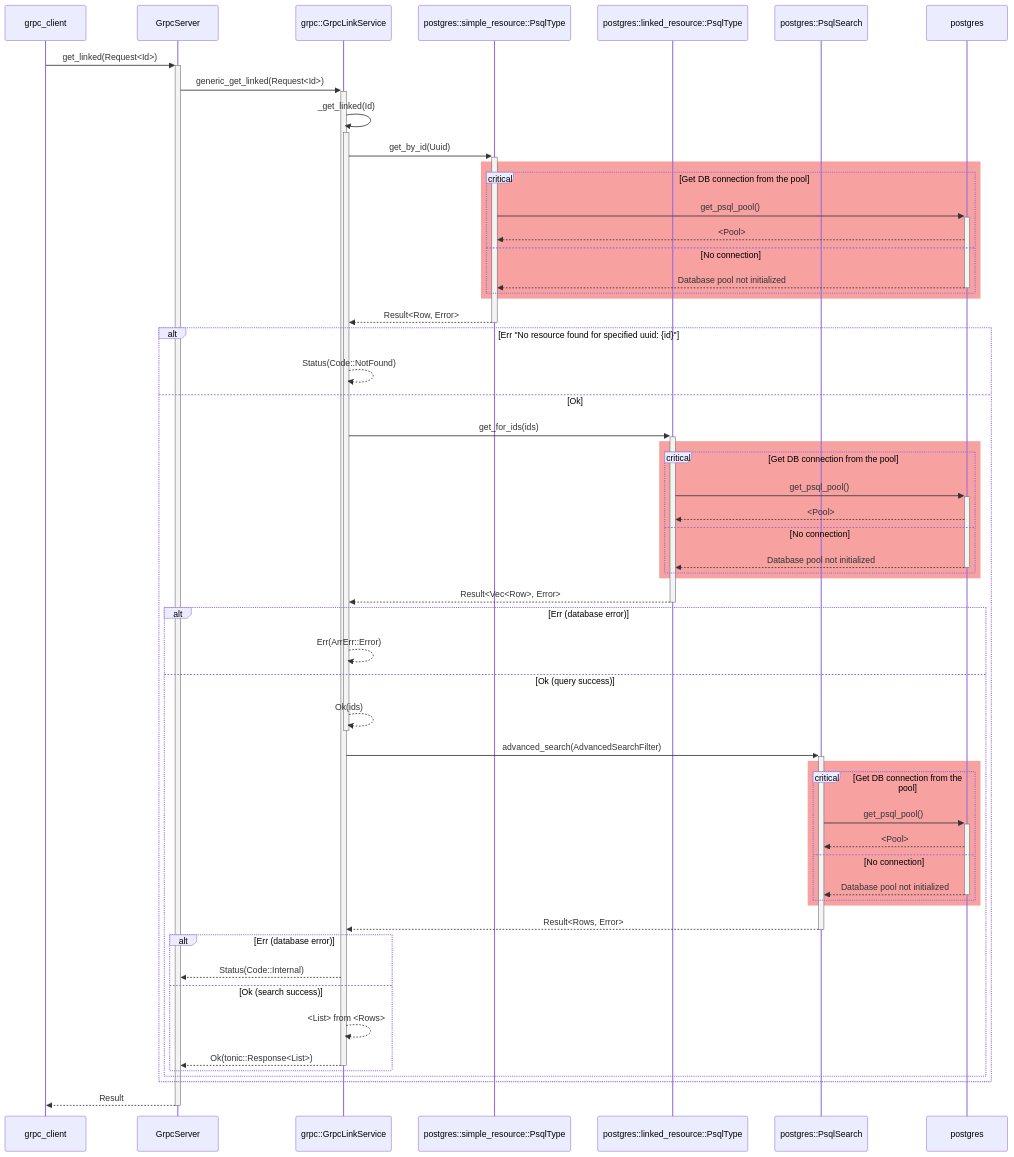
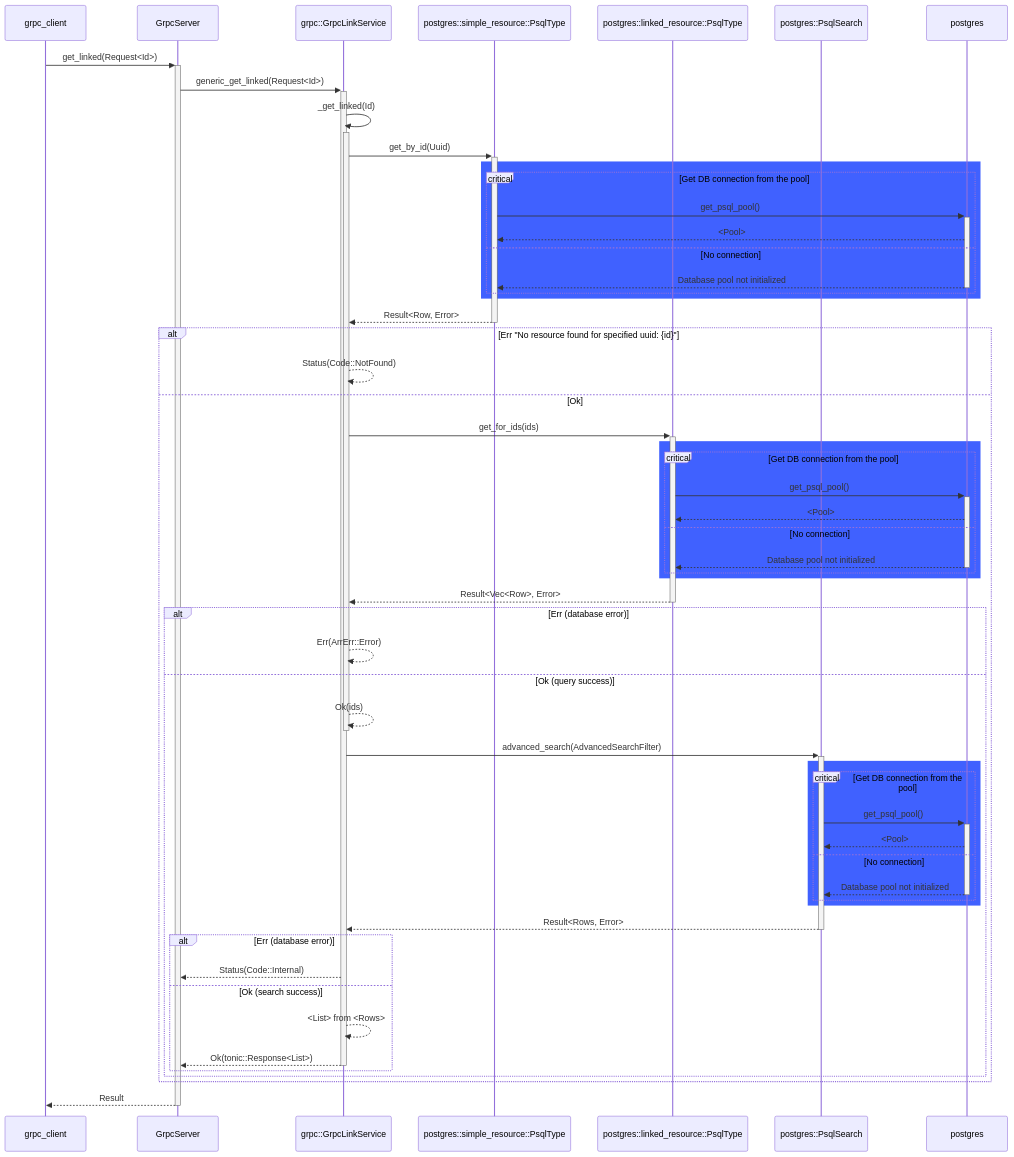
Diagram 12 of 13 in docs/sdd.md (aetheric-oss/svc-storage), drawn with Mermaid before and after one commit. The commit also changed other lines of this file and 4 other files, not shown here.

````diff
--- a/docs/sdd.md
+++ b/docs/sdd.md
@@ -573,59 +574,59 @@
 ```mermaid
 sequenceDiagram
     participant client as grpc_client
     participant grpc_server as GrpcServer
     participant grpc_service as grpc::GrpcLinkService
     participant psql_simple as postgres::simple_resource::PsqlType
     participant psql_linked as postgres::linked_resource::PsqlType
     participant psql_search as postgres::PsqlSearch
     participant psql as postgres
     client->>+grpc_server: get_linked(Request<Id>)
     grpc_server->>+grpc_service: generic_get_linked(Request<Id>)
     grpc_service->>+grpc_service: _get_linked(Id)
     grpc_service->>+psql_simple: get_by_id(Uuid)
-    rect rgb(247, 161, 161)
+    rect rgb(64,97,255)
         critical Get DB connection from the pool
             psql_simple->>+psql: get_psql_pool()
             psql-->>psql_simple: <Pool>
         option No connection
             psql-->>-psql_simple: Database pool not initialized
         end
     end
     psql_simple-->>-grpc_service: Result<Row, Error>
     alt Err "No resource found for specified uuid: {id}"
         grpc_service-->>grpc_service: Status(Code::NotFound)
     else Ok
         grpc_service->>+psql_linked: get_for_ids(ids)
-        rect rgb(247, 161, 161)
+        rect rgb(64,97,255)
             critical Get DB connection from the pool
                 psql_linked->>+psql: get_psql_pool()
                 psql-->>psql_linked: <Pool>
             option No connection
                 psql-->>-psql_linked: Database pool not initialized
             end
         end
         psql_linked-->>-grpc_service: Result<Vec<Row>, Error>
         alt Err (database error)
             grpc_service-->>grpc_service: Err(ArrErr::Error)
         else Ok (query success)
             grpc_service-->>-grpc_service: Ok(ids)
             grpc_service->>+psql_search: advanced_search(AdvancedSearchFilter)
-            rect rgb(247, 161, 161)
+            rect rgb(64,97,255)
                 critical Get DB connection from the pool
                     psql_search->>+psql: get_psql_pool()
                     psql-->>psql_search: <Pool>
                 option No connection
                     psql-->>-psql_search: Database pool not initialized
                 end
             end
             psql_search-->>-grpc_service: Result<Rows, Error>
             alt Err (database error)
                 grpc_service-->>grpc_server: Status(Code::Internal)
             else Ok (search success)
                 grpc_service-->>grpc_service: <List> from <Rows>
                 grpc_service-->>-grpc_server: Ok(tonic::Response<List>)
             end
         end
     end
     grpc_server-->>-client: Result
 ```
````
